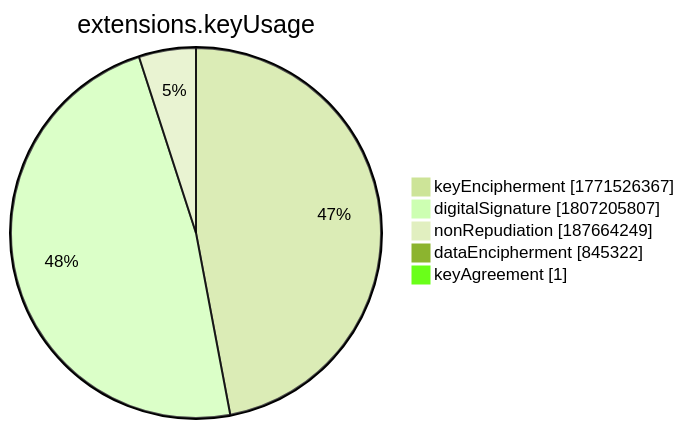
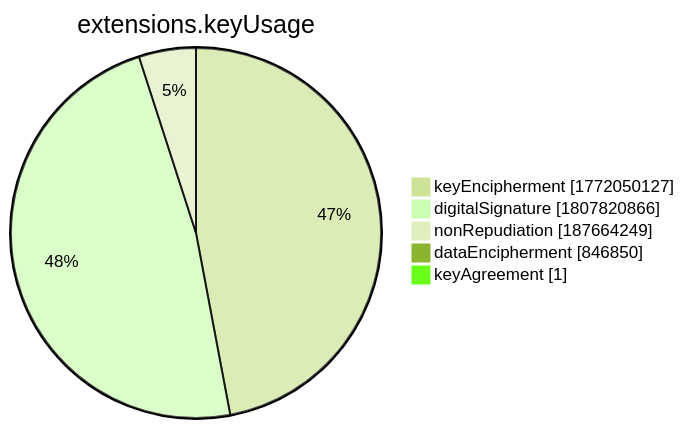
The seventh of 15 diagrams in xenon2022/README.md (christiankrug/ctmonitor_visualization), drawn with Mermaid (forest theme) before and after one commit. The commit also changed other lines of this file, not shown here.

````diff
--- a/xenon2022/README.md
+++ b/xenon2022/README.md
@@ -2859,9 +2859,9 @@
 ```mermaid
 pie showData
 title extensions.keyUsage
-"keyEncipherment" :1771526367
-"digitalSignature" :1807205807
+"keyEncipherment" :1772050127
+"digitalSignature" :1807820866
 "nonRepudiation" :187664249
-"dataEncipherment" :845322
+"dataEncipherment" :846850
 "keyAgreement" :1
 ```
````
